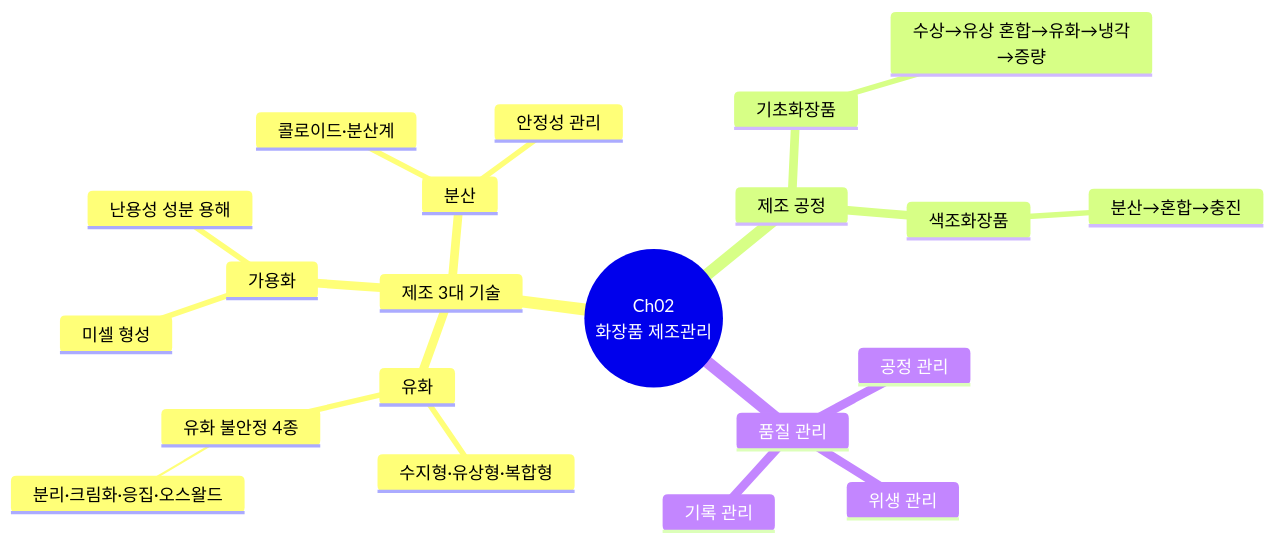
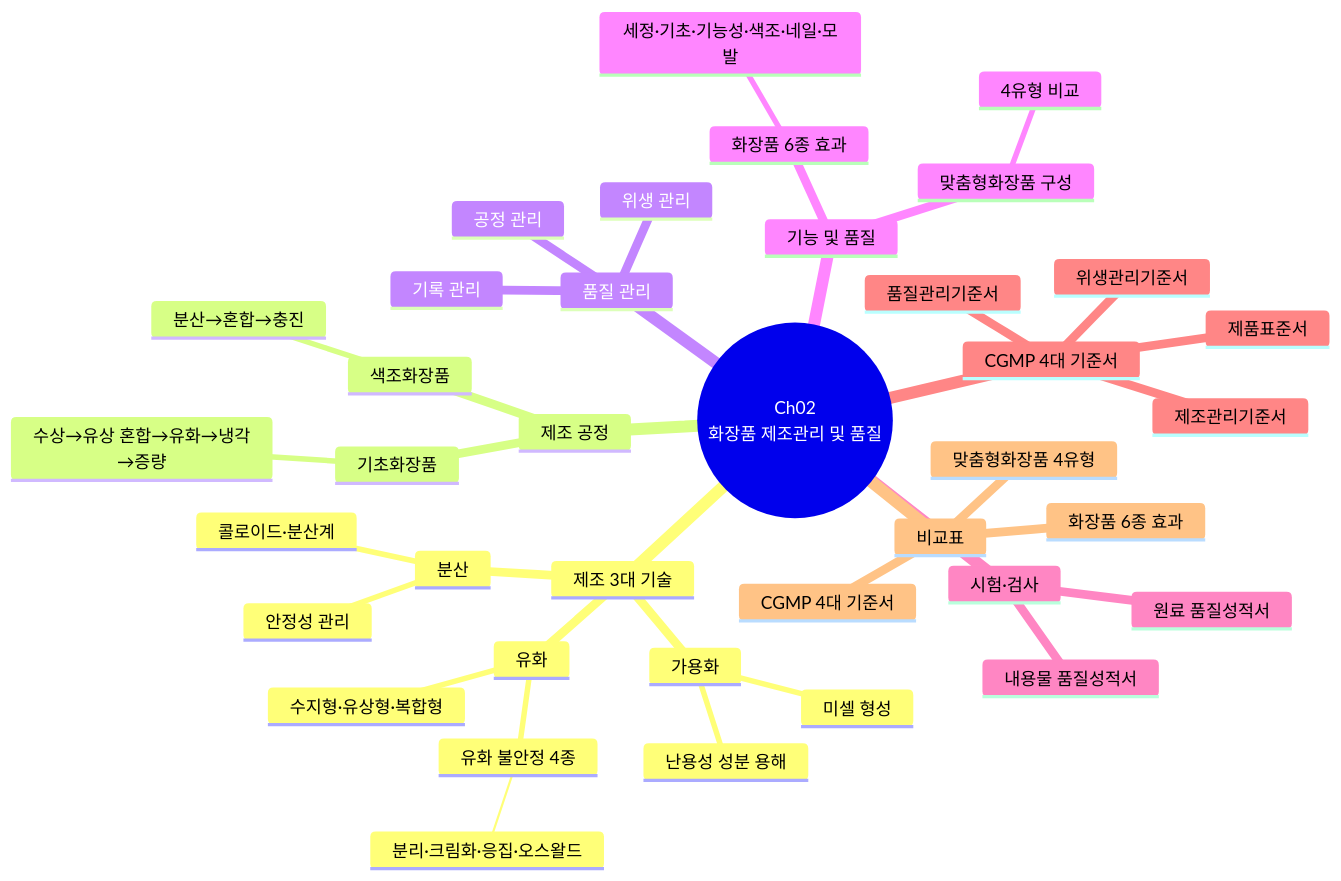
Before and after one commit to skygoldlee-cyber/Personalized_Skincare: the third of 20 diagrams in content/교재/manufacturing/2과목_제조및품질관리_표준형.md, drawn with Mermaid. The commit also changed other lines of this file and 19 other files, not shown here.

````diff
--- a/content/교재/manufacturing/2과목_제조및품질관리_표준형.md
+++ b/content/교재/manufacturing/2과목_제조및품질관리_표준형.md
@@ -223,24 +222,41 @@
 ```mermaid
 mindmap
- root((Ch02<br/>화장품 제조관리))
+ root((Ch02<br/>화장품 제조관리 및 품질))
   제조 3대 기술
    유화
     수지형·유상형·복합형
     유화 불안정 4종
      분리·크림화·응집·오스왈드
    가용화
     미셀 형성
     난용성 성분 용해
    분산
     콜로이드·분산계
     안정성 관리
   제조 공정
    기초화장품
     수상→유상 혼합→유화→냉각→증량
    색조화장품
     분산→혼합→충진
   품질 관리
    공정 관리
    위생 관리
    기록 관리
+  기능 및 품질
+   화장품 6종 효과
+    세정·기초·기능성·색조·네일·모발
+   맞춤형화장품 구성
+    4유형 비교
+  시험·검사
+   내용물 품질성적서
+   원료 품질성적서
+  CGMP 4대 기준서
+   제품표준서
+   제조관리기준서
+   품질관리기준서
+   위생관리기준서
+  비교표
+   화장품 6종 효과
+   맞춤형화장품 4유형
+   CGMP 4대 기준서
 ```
````
